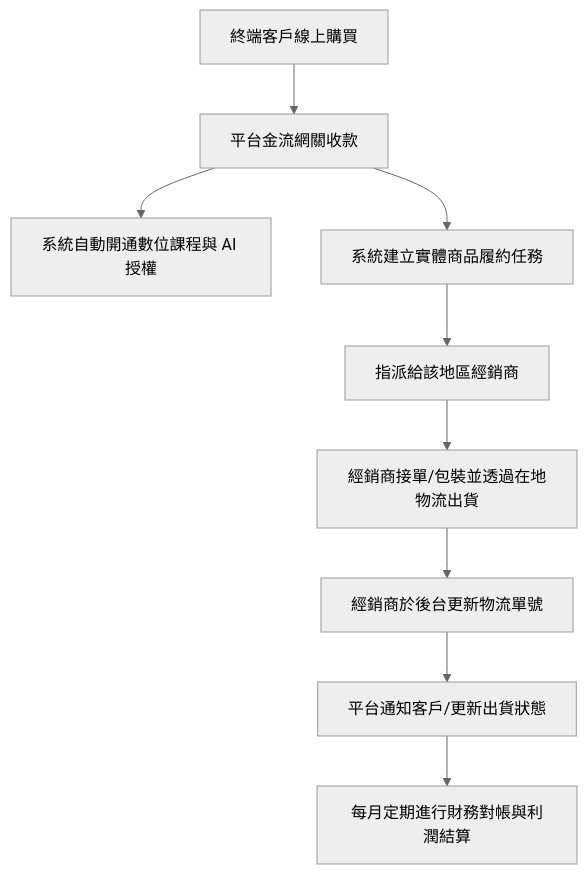
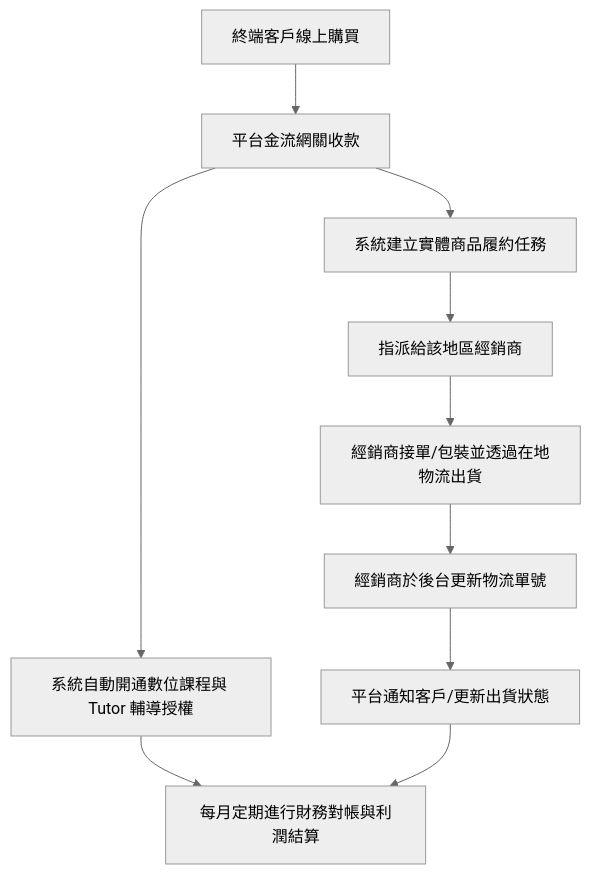
Before and after one commit to vibe-coding-tw/e-learning: the diagram in docs/distributor-recruitment-guide.md, drawn with Mermaid (neutral theme). The commit also changed other lines of this file and 16 other files, not shown here.

````diff
--- a/docs/distributor-recruitment-guide.md
+++ b/docs/distributor-recruitment-guide.md
@@ -25,11 +25,12 @@
 ```mermaid
 graph TD
     A[終端客戶線上購買] --> B[平台金流網關收款]
-    B --> C[系統自動開通數位課程與 AI 授權]
+    B --> C[系統自動開通數位課程與 Tutor 輔導授權]
     B --> D[系統建立實體商品履約任務]
+    C --> I[每月定期進行財務對帳與利潤結算]
     D --> E[指派給該地區經銷商]
     E --> F[經銷商接單/包裝並透過在地物流出貨]
     F --> G[經銷商於後台更新物流單號]
     G --> H[平台通知客戶/更新出貨狀態]
-    H --> I[每月定期進行財務對帳與利潤結算]
+    H --> I
 ```
````
